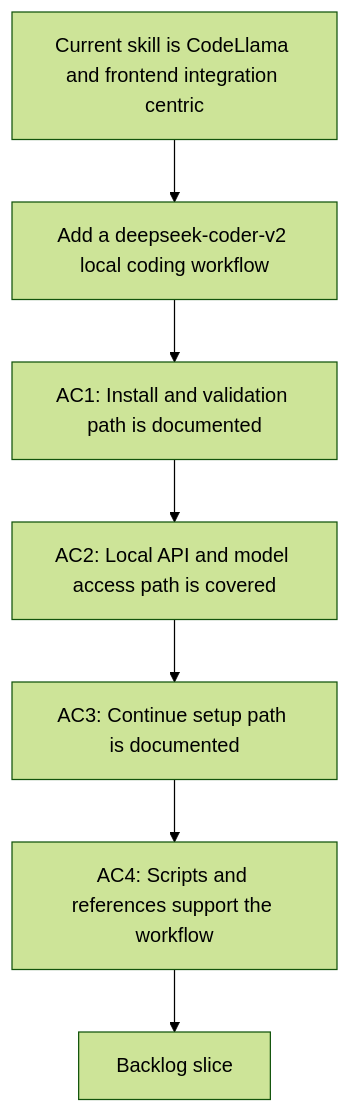
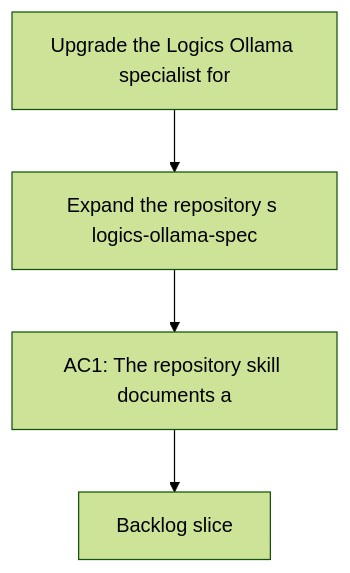
One commit to AlexAgo83/logics-manager changed the diagram in logics/request/req_086_upgrade_the_logics_ollama_specialist_for_deepseek_coder_v2_installation_setup_and_access.md. Above: the diagram before and after it, drawn with Mermaid (forest theme). The commit also changed other lines of this file and 481 other files, not shown here.

Commit message:
Normalize Logics docs and workflow indicators

````diff
--- a/logics/request/req_086_upgrade_the_logics_ollama_specialist_for_deepseek_coder_v2_installation_setup_and_access.md
+++ b/logics/request/req_086_upgrade_the_logics_ollama_specialist_for_deepseek_coder_v2_installation_setup_and_access.md
@@ -21,11 +21,8 @@
 ```mermaid
 %% logics-kind: request
 %% logics-signature: request|upgrade-the-logics-ollama-specialist-for|expand-the-repository-s-logics-ollama-sp|ac1-the-repository-skill-documents-a
 flowchart TD
-    Trigger[Current skill is CodeLlama and frontend integration centric] --> Need[Add a deepseek-coder-v2 local coding workflow]
-    Need --> Install[AC1: Install and validation path is documented]
-    Install --> Access[AC2: Local API and model access path is covered]
-    Access --> Continue[AC3: Continue setup path is documented]
-    Continue --> Assets[AC4: Scripts and references support the workflow]
-    Assets --> Backlog[Backlog slice]
+    Trigger[Upgrade the Logics Ollama specialist for] --> Need[Expand the repository s logics-ollama-spec]
+    Need --> Outcome[AC1: The repository skill documents a]
+    Outcome --> Backlog[Backlog slice]
 ```
````
